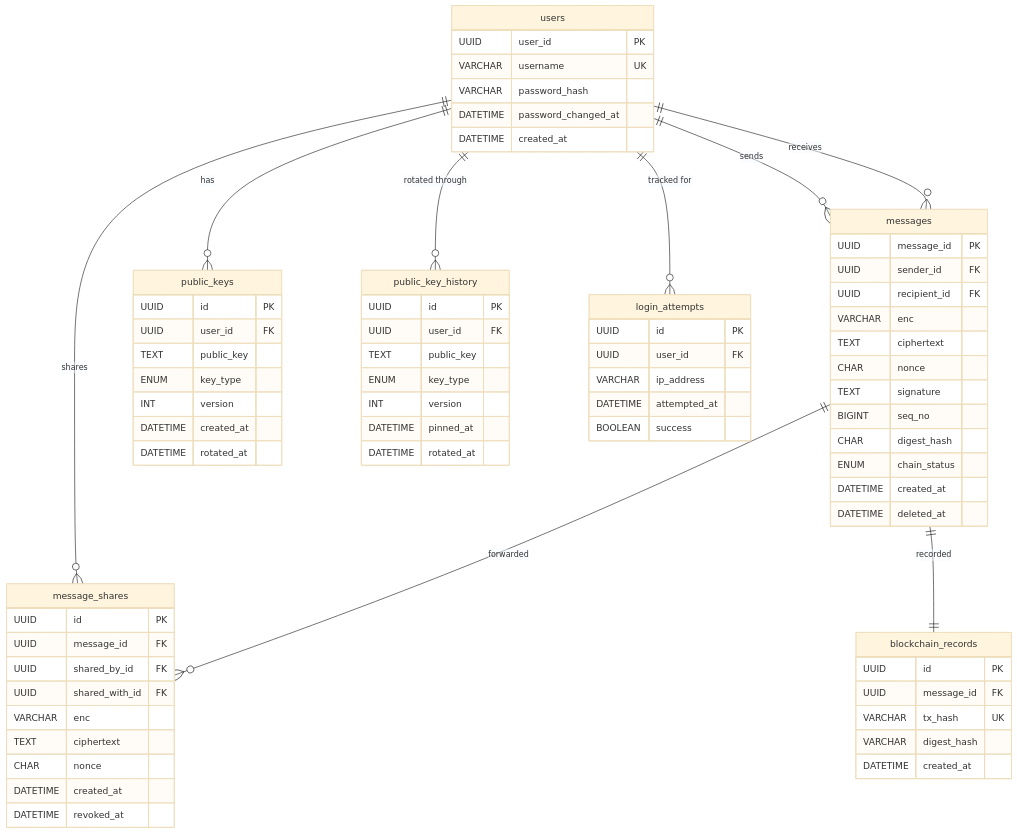
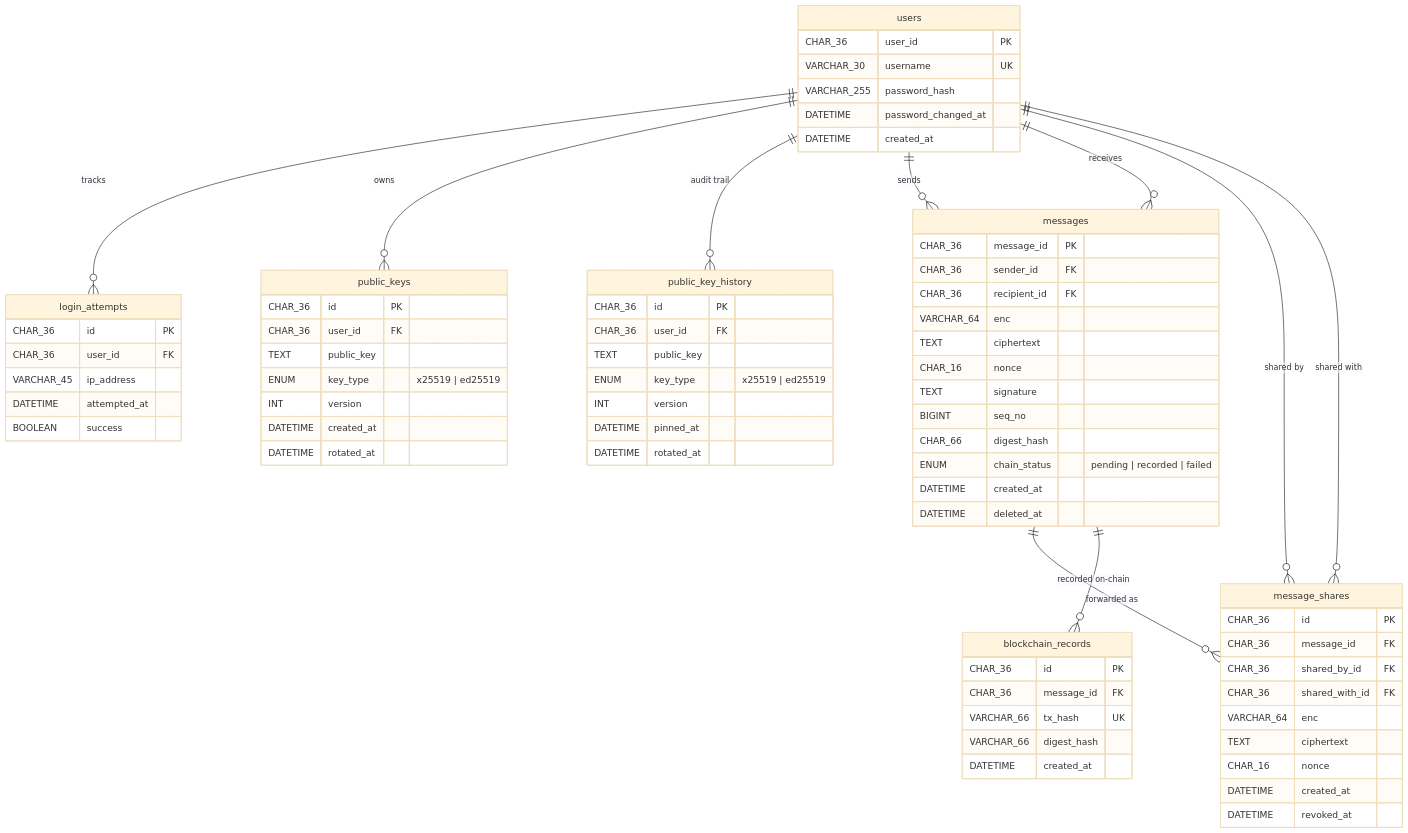
The diagram in backend/README.md (harrykikkers/cs4455-epic), drawn with Mermaid (base theme) before and after one commit.

Commit message:
docs(README.md): update diagram

````diff
--- a/backend/README.md
+++ b/backend/README.md
@@ -150,82 +150,83 @@
 ```mermaid
 erDiagram
-  users ||--o{ messages : sends
-  users ||--o{ messages : receives
-  users ||--o{ public_keys : has
-  users ||--o{ public_key_history : "rotated through"
-  users ||--o{ message_shares : shares
-  users ||--o{ login_attempts : "tracked for"
-  messages ||--o{ message_shares : forwarded
-  messages ||--|| blockchain_records : recorded
+    users {
+        CHAR_36 user_id PK
+        VARCHAR_30 username UK
+        VARCHAR_255 password_hash
+        DATETIME password_changed_at
+        DATETIME created_at
+    }
 
-  users {
-    UUID user_id PK
-    VARCHAR username UK
-    VARCHAR password_hash
-    DATETIME password_changed_at
-    DATETIME created_at
-  }
+    login_attempts {
+        CHAR_36 id PK
+        CHAR_36 user_id FK
+        VARCHAR_45 ip_address
+        DATETIME attempted_at
+        BOOLEAN success
+    }
 
-  login_attempts {
-    UUID id PK
-    UUID user_id FK
-    VARCHAR ip_address
-    DATETIME attempted_at
-    BOOLEAN success
-  }
+    public_keys {
+        CHAR_36 id PK
+        CHAR_36 user_id FK
+        TEXT public_key
+        ENUM key_type "x25519 | ed25519"
+        INT version
+        DATETIME created_at
+        DATETIME rotated_at
+    }
 
-  public_keys {
-    UUID id PK
-    UUID user_id FK
-    TEXT public_key
-    ENUM key_type
-    INT version
-    DATETIME created_at
-    DATETIME rotated_at
-  }
+    public_key_history {
+        CHAR_36 id PK
+        CHAR_36 user_id FK
+        TEXT public_key
+        ENUM key_type "x25519 | ed25519"
+        INT version
+        DATETIME pinned_at
+        DATETIME rotated_at
+    }
 
-  public_key_history {
-    UUID id PK
-    UUID user_id FK
-    TEXT public_key
-    ENUM key_type
-    INT version
-    DATETIME pinned_at
-    DATETIME rotated_at
-  }
+    messages {
+        CHAR_36 message_id PK
+        CHAR_36 sender_id FK
+        CHAR_36 recipient_id FK
+        VARCHAR_64 enc
+        TEXT ciphertext
+        CHAR_16 nonce
+        TEXT signature
+        BIGINT seq_no
+        CHAR_66 digest_hash
+        ENUM chain_status "pending | recorded | failed"
+        DATETIME created_at
+        DATETIME deleted_at
+    }
 
-  messages {
-    UUID message_id PK
-    UUID sender_id FK
-    UUID recipient_id FK
-    VARCHAR enc
-    TEXT ciphertext
-    CHAR nonce
-    TEXT signature
-    BIGINT seq_no
-    CHAR digest_hash
-    ENUM chain_status
-    DATETIME created_at
-    DATETIME deleted_at
-  }
+    message_shares {
+        CHAR_36 id PK
+        CHAR_36 message_id FK
+        CHAR_36 shared_by_id FK
+        CHAR_36 shared_with_id FK
+        VARCHAR_64 enc
+        TEXT ciphertext
+        CHAR_16 nonce
+        DATETIME created_at
+        DATETIME revoked_at
+    }
 
-  message_shares {
-    UUID id PK
-    UUID message_id FK
-    UUID shared_by_id FK
-    UUID shared_with_id FK
-    VARCHAR enc
-    TEXT ciphertext
-    CHAR nonce
-    DATETIME created_at
-    DATETIME revoked_at
-  }
+    blockchain_records {
+        CHAR_36 id PK
+        CHAR_36 message_id FK
+        VARCHAR_66 tx_hash UK
+        VARCHAR_66 digest_hash
+        DATETIME created_at
+    }
 
-  blockchain_records {
-    UUID id PK
-    UUID message_id FK
-    VARCHAR tx_hash UK
-    VARCHAR digest_hash
-    DATETIME created_at
-  }
+    users ||--o{ login_attempts : "tracks"
+    users ||--o{ public_keys : "owns"
+    users ||--o{ public_key_history : "audit trail"
+    users ||--o{ messages : "sends"
+    users ||--o{ messages : "receives"
+    messages ||--o{ message_shares : "forwarded as"
+    users ||--o{ message_shares : "shared by"
+    users ||--o{ message_shares : "shared with"
+    messages ||--o{ blockchain_records : "recorded on-chain"
 ```
````
